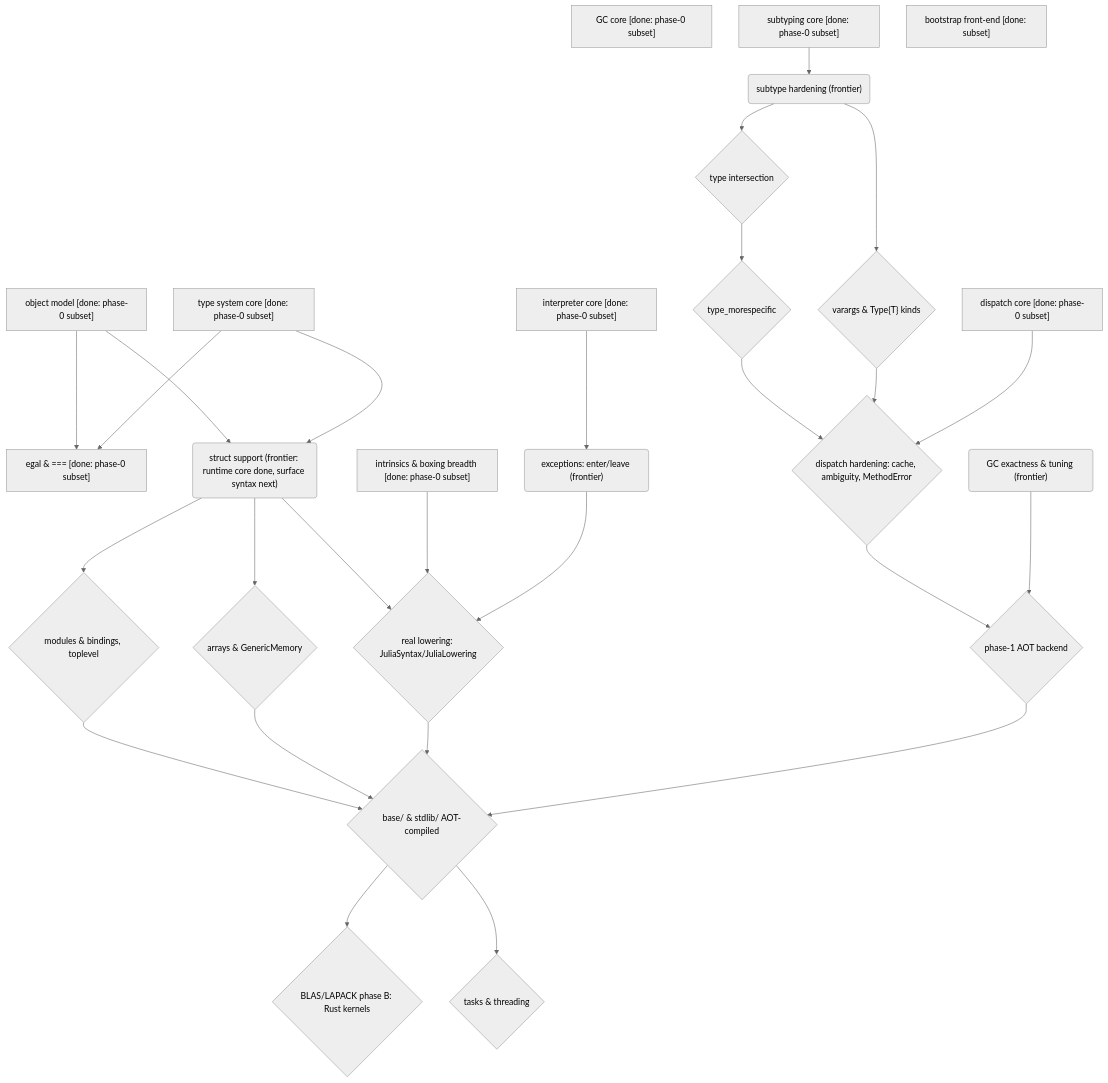
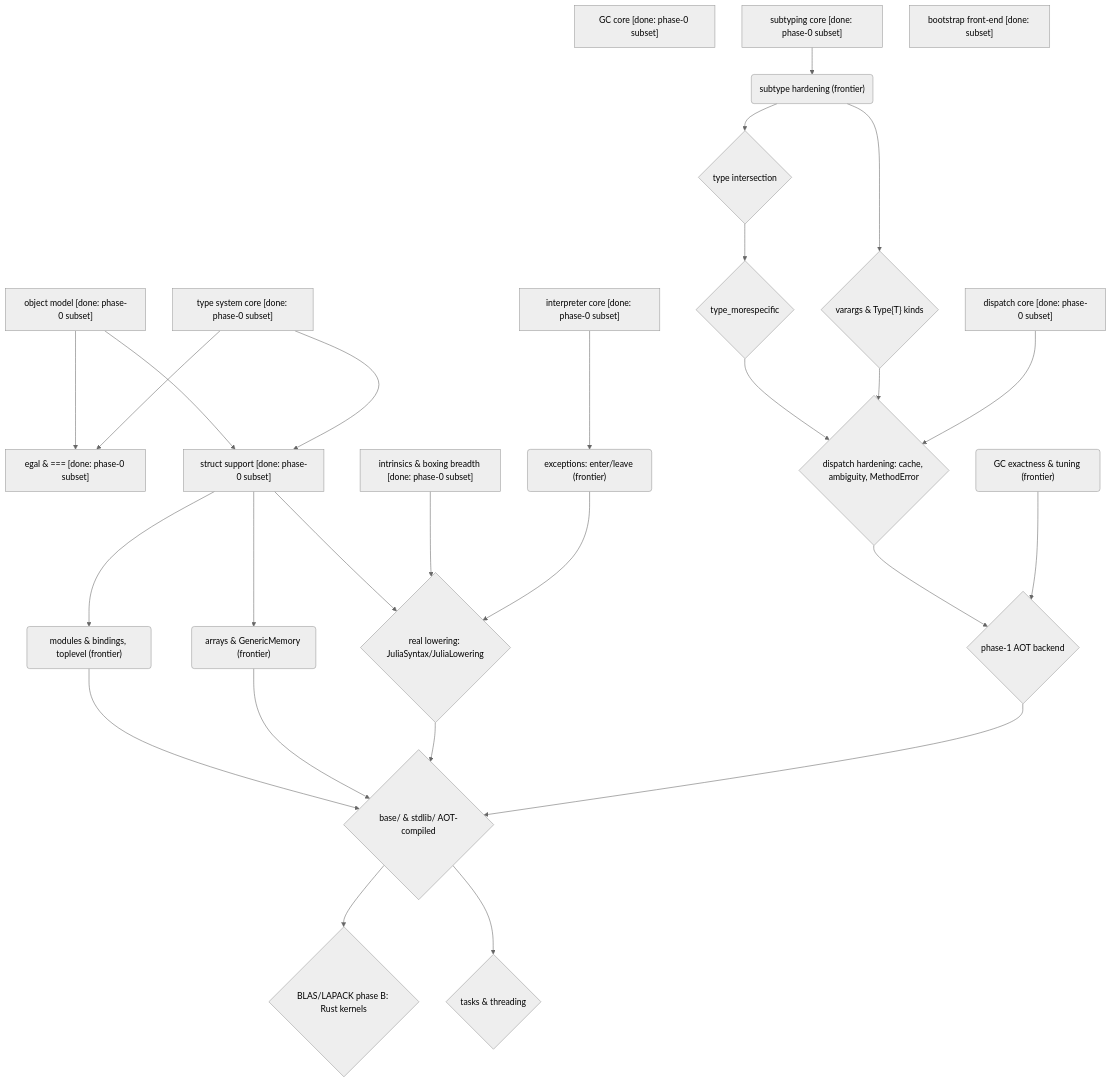
The diagram in design/strategy.md (andy-emerson/Ruju), drawn with Mermaid (neutral theme) before and after one commit. The commit also changed other lines of this file and 8 other files, not shown here.

First line of the commit message:
frontend: Struct syntax — definitions, constructors, field access

````diff
--- a/design/strategy.md
+++ b/design/strategy.md
@@ -86,55 +86,55 @@
 ```mermaid
 flowchart TD
     OBJ["object model [done: phase-0 subset]"]
     GC0["GC core [done: phase-0 subset]"]
     TYPES["type system core [done: phase-0 subset]"]
     SUB0["subtyping core [done: phase-0 subset]"]
     DISP0["dispatch core [done: phase-0 subset]"]
     INTERP0["interpreter core [done: phase-0 subset]"]
     FE0["bootstrap front-end [done: subset]"]
 
     EGAL["egal & === [done: phase-0 subset]"]
-    STRUCTS("struct support (frontier: runtime core done, surface syntax next)")
+    STRUCTS["struct support [done: phase-0 subset]"]
     INTRIN["intrinsics & boxing breadth [done: phase-0 subset]"]
     GCX("GC exactness & tuning (frontier)")
     SUBX("subtype hardening (frontier)")
     EXC("exceptions: enter/leave (frontier)")
 
     ISECT{"type intersection"}
     MORESPEC{"type_morespecific"}
     VARARG{"varargs & Type{T} kinds"}
     DISPX{"dispatch hardening: cache, ambiguity, MethodError"}
-    ARRAYS{"arrays & GenericMemory"}
-    MODULES{"modules & bindings, toplevel"}
+    ARRAYS("arrays & GenericMemory (frontier)")
+    MODULES("modules & bindings, toplevel (frontier)")
     LOWER{"real lowering: JuliaSyntax/JuliaLowering"}
     AOT{"phase-1 AOT backend"}
     BASE{"base/ & stdlib/ AOT-compiled"}
     BLAS{"BLAS/LAPACK phase B: Rust kernels"}
     TASKS{"tasks & threading"}
 
     OBJ --> STRUCTS
     TYPES --> STRUCTS
     OBJ --> EGAL
     TYPES --> EGAL
     SUB0 --> SUBX
     SUBX --> ISECT
     SUBX --> VARARG
     ISECT --> MORESPEC
     MORESPEC --> DISPX
     VARARG --> DISPX
     DISP0 --> DISPX
     STRUCTS --> ARRAYS
     STRUCTS --> MODULES
     INTERP0 --> EXC
     STRUCTS --> LOWER
     INTRIN --> LOWER
     EXC --> LOWER
     MODULES --> BASE
     ARRAYS --> BASE
     LOWER --> BASE
     AOT --> BASE
     DISPX --> AOT
     GCX --> AOT
     BASE --> BLAS
     BASE --> TASKS
 ```
````
